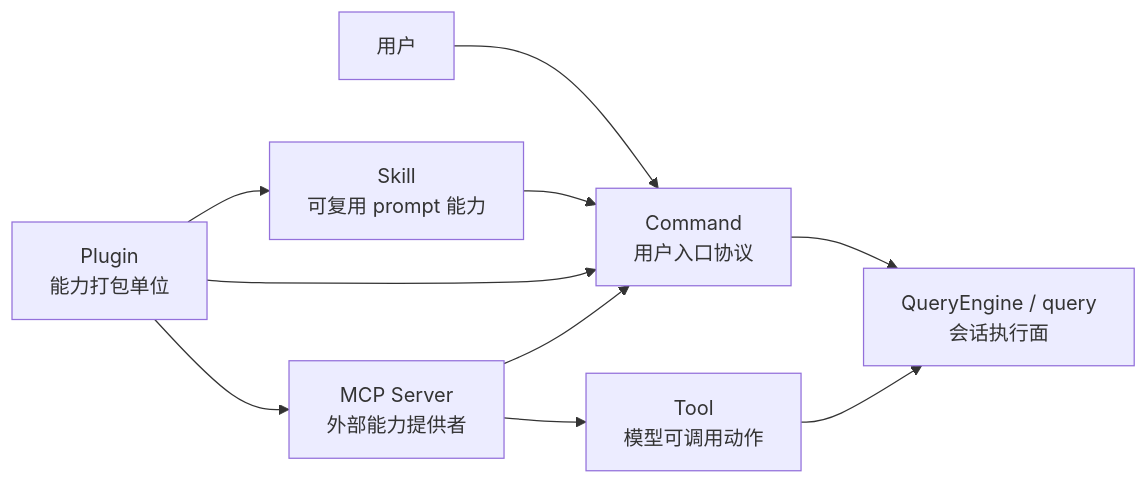
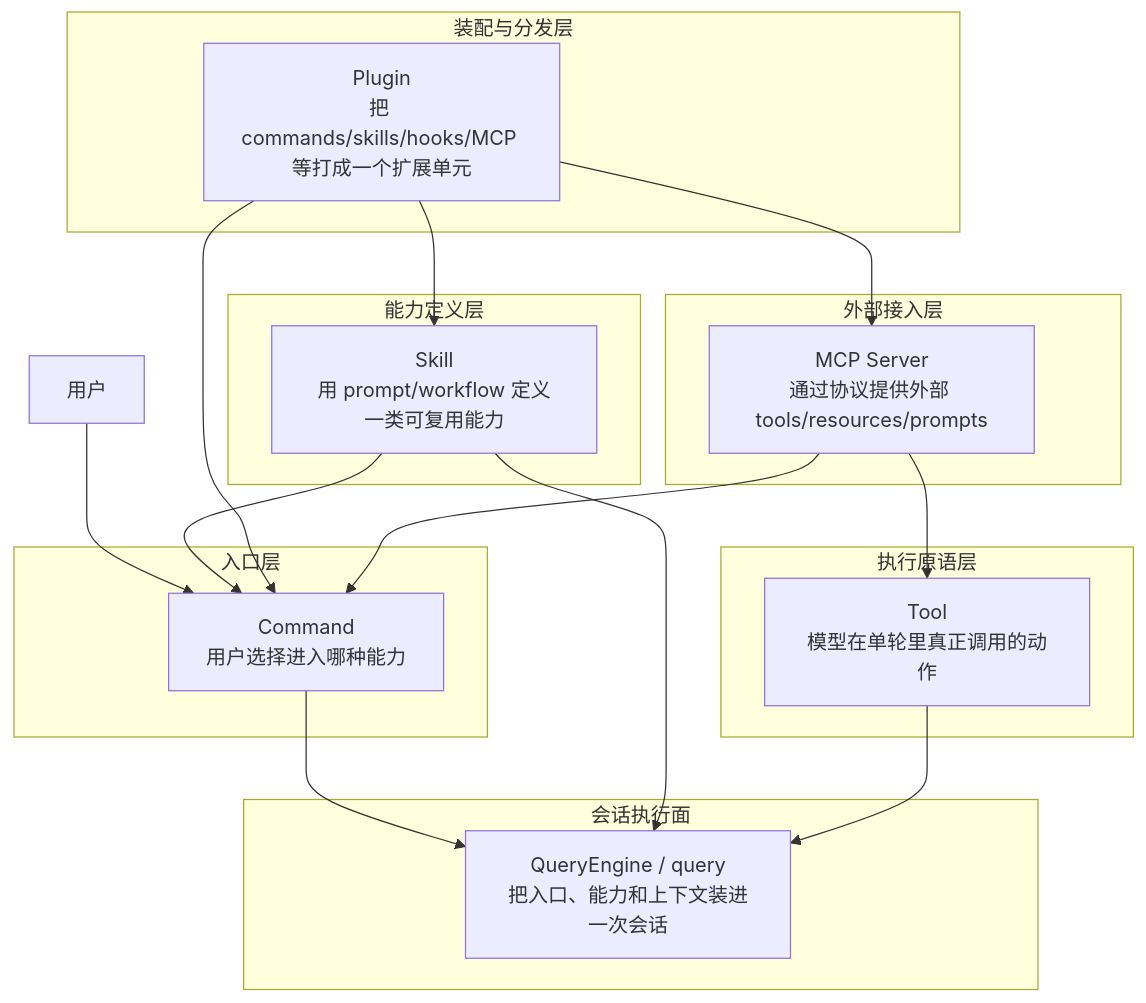
One commit to jimingmin/claude-code changed the first of 2 diagrams in docs/architecture/concepts-and-terminology.md. Above: the diagram before and after it, drawn with Mermaid. The commit also changed other lines of this file and 10 other files, not shown here.

````diff
--- a/docs/architecture/concepts-and-terminology.md
+++ b/docs/architecture/concepts-and-terminology.md
@@ -15,20 +18,39 @@
 ```mermaid
-flowchart LR
+flowchart TD
   User["用户"]
-  Command["Command<br/>用户入口协议"]
-  Skill["Skill<br/>可复用 prompt 能力"]
-  Tool["Tool<br/>模型可调用动作"]
-  Plugin["Plugin<br/>能力打包单位"]
-  MCP["MCP Server<br/>外部能力提供者"]
-  Session["QueryEngine / query<br/>会话执行面"]
+
+  subgraph Entry["入口层"]
+    Command["Command<br/>用户选择进入哪种能力"]
+  end
+
+  subgraph Definition["能力定义层"]
+    Skill["Skill<br/>用 prompt/workflow 定义一类可复用能力"]
+  end
+
+  subgraph Execution["执行原语层"]
+    Tool["Tool<br/>模型在单轮里真正调用的动作"]
+  end
+
+  subgraph Packaging["装配与分发层"]
+    Plugin["Plugin<br/>把 commands/skills/hooks/MCP 等打成一个扩展单元"]
+  end
+
+  subgraph Integration["外部接入层"]
+    MCP["MCP Server<br/>通过协议提供外部 tools/resources/prompts"]
+  end
+
+  subgraph Session["会话执行面"]
+    Engine["QueryEngine / query<br/>把入口、能力和上下文装进一次会话"]
+  end
 
   User --> Command
+  Command --> Engine
   Skill --> Command
-  Command --> Session
-  Tool --> Session
+  Skill --> Engine
+  Tool --> Engine
   Plugin --> Skill
   Plugin --> Command
   Plugin --> MCP
   MCP --> Tool
   MCP --> Command
 ```
````
